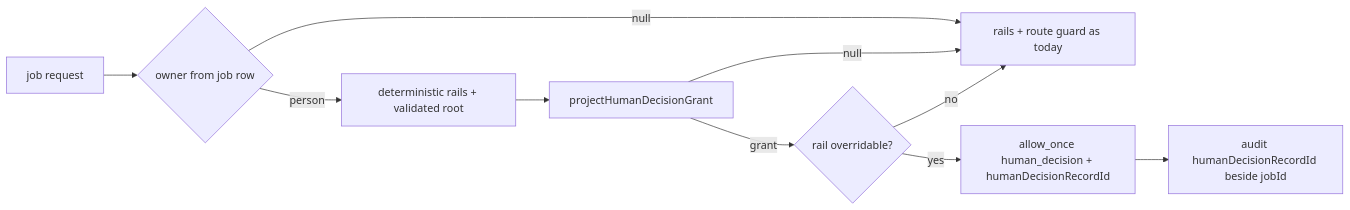
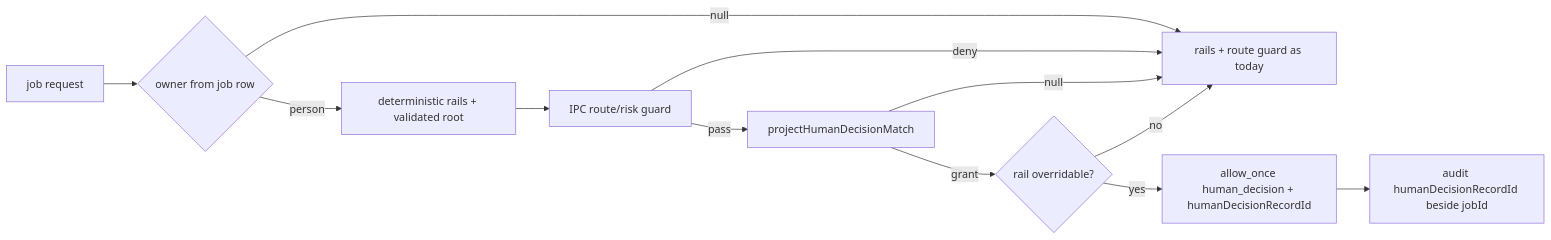
One commit to knacklabs/gantry changed the diagram in plans/exploration/askfloor-1-t4-taskplan.md. Above: the diagram before and after it, drawn with Mermaid. The commit also changed other lines of this file and 1 other file, not shown here.

````diff
--- a/plans/exploration/askfloor-1-t4-taskplan.md
+++ b/plans/exploration/askfloor-1-t4-taskplan.md
@@ -51,12 +51,14 @@
 ```mermaid
 flowchart LR
   A[job request] --> B{owner from job row}
   B -- null --> R[rails + route guard as today]
   B -- person --> C[deterministic rails + validated root]
-  C --> D[projectHumanDecisionGrant]
+  C --> G0[IPC route/risk guard]
+  G0 -- deny --> R
+  G0 -- pass --> D[projectHumanDecisionMatch]
   D -- null --> R
   D -- grant --> E{rail overridable?}
   E -- no --> R
   E -- yes --> F[allow_once human_decision + humanDecisionRecordId]
   F --> G[audit humanDecisionRecordId beside jobId]
 ```
````
